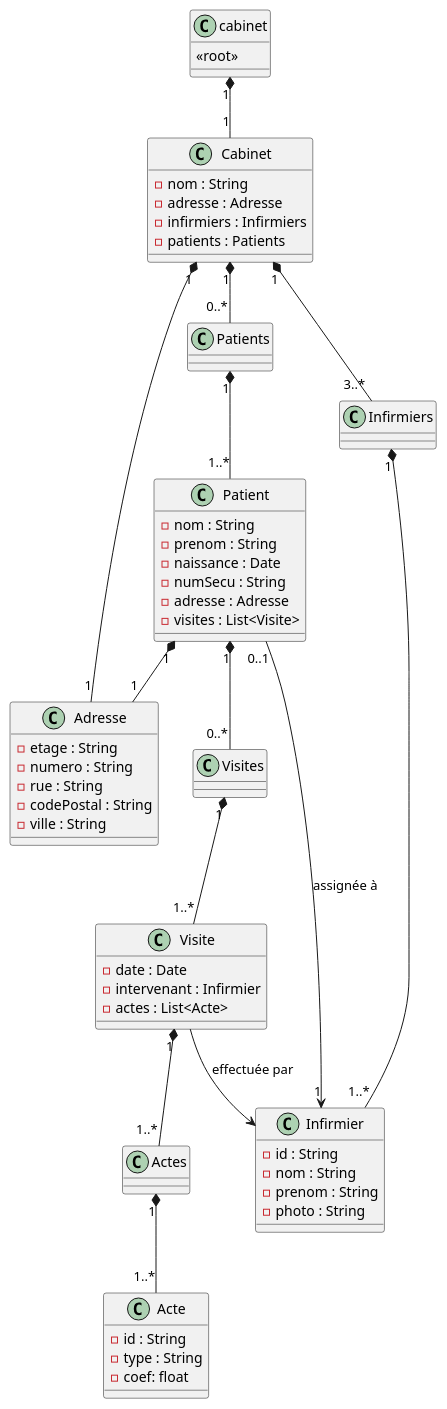
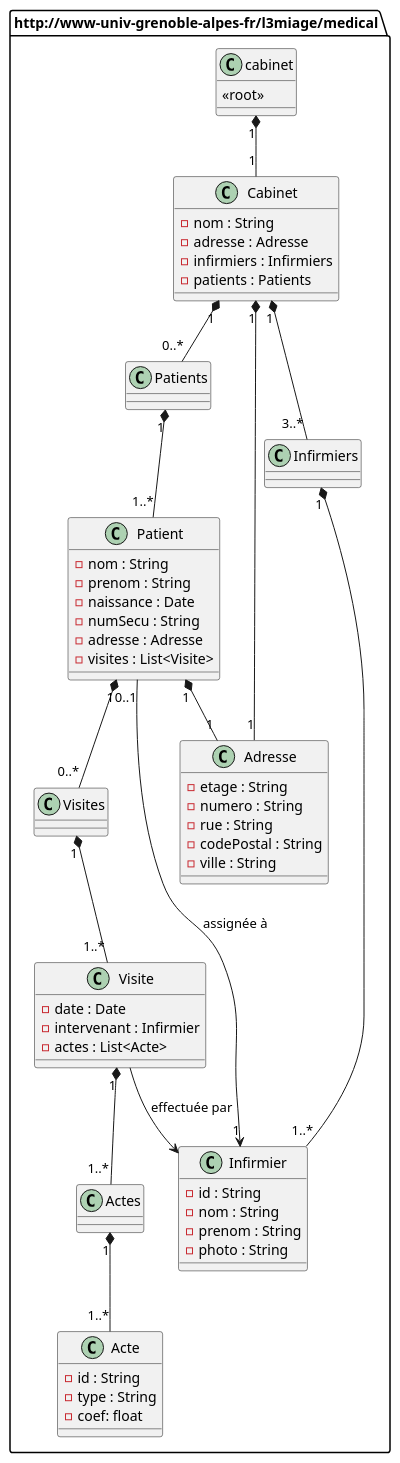
Before and after one commit to YakuzasRevengeTeam/cabinet-infirmier: the diagram in cabinet.plantuml, drawn with PlantUML. The commit also changed 13 other files, not shown here.

```diff
--- a/cabinet.plantuml
+++ b/cabinet.plantuml
@@ -1,85 +1,85 @@
 @startuml
-/'A verifier le type de id, numero, photo'/
-/'A verifier class visite et acte'/
-
 'root'
+package http://www-univ-grenoble-alpes-fr/l3miage/medical {
 class cabinet {
     <<root>>
 }
 class Cabinet {
   - nom : String
   - adresse : Adresse
   - infirmiers : Infirmiers
   - patients : Patients
 }
 
 class Adresse {
   - etage : String
   - numero : String
   - rue : String
   - codePostal : String
   - ville : String
 }
 
 class Infirmiers {
 
 }
 
 class Patients {
 
 }
 
 class Visites {
 
 }
 
 class Actes {
 
 }
 
 class Infirmier {
   - id : String
    'simple type restriction'
   - nom : String
   - prenom : String
   - photo : String 
   /'pour le chemin du fichier photo'/
 }
 
 class Patient {
   - nom : String
   - prenom : String
   - naissance : Date
   - numSecu : String
   'simple type restriction'
   - adresse : Adresse
   - visites : List<Visite>
 }
 
 class Visite {
   - date : Date
   - intervenant : Infirmier  
   - actes : List<Acte>
 }
 
 class Acte {
   - id : String
   - type : String
   - coef: float
 }
 
 ' Relations
 cabinet "1" *-- "1" Cabinet
 Cabinet "1" *-- "1" Adresse
 Cabinet "1" *-- "3..*" Infirmiers
 Cabinet "1" *-- "0..*" Patients
 Infirmiers "1" *-- "1..*" Infirmier
 Patients "1" *-- "1..*" Patient
 Patient "1" *-- "1" Adresse
 Patient "1" *-- "0..*" Visites
 Visites "1" *-- "1..*" Visite
 Visite "1" *-- "1..*" Actes
 Actes "1" *-- "1..*" Acte
 Patient "0..1" --> "1" Infirmier : assignée à
 Visite --> Infirmier : effectuée par
+}
+
 @enduml
```
